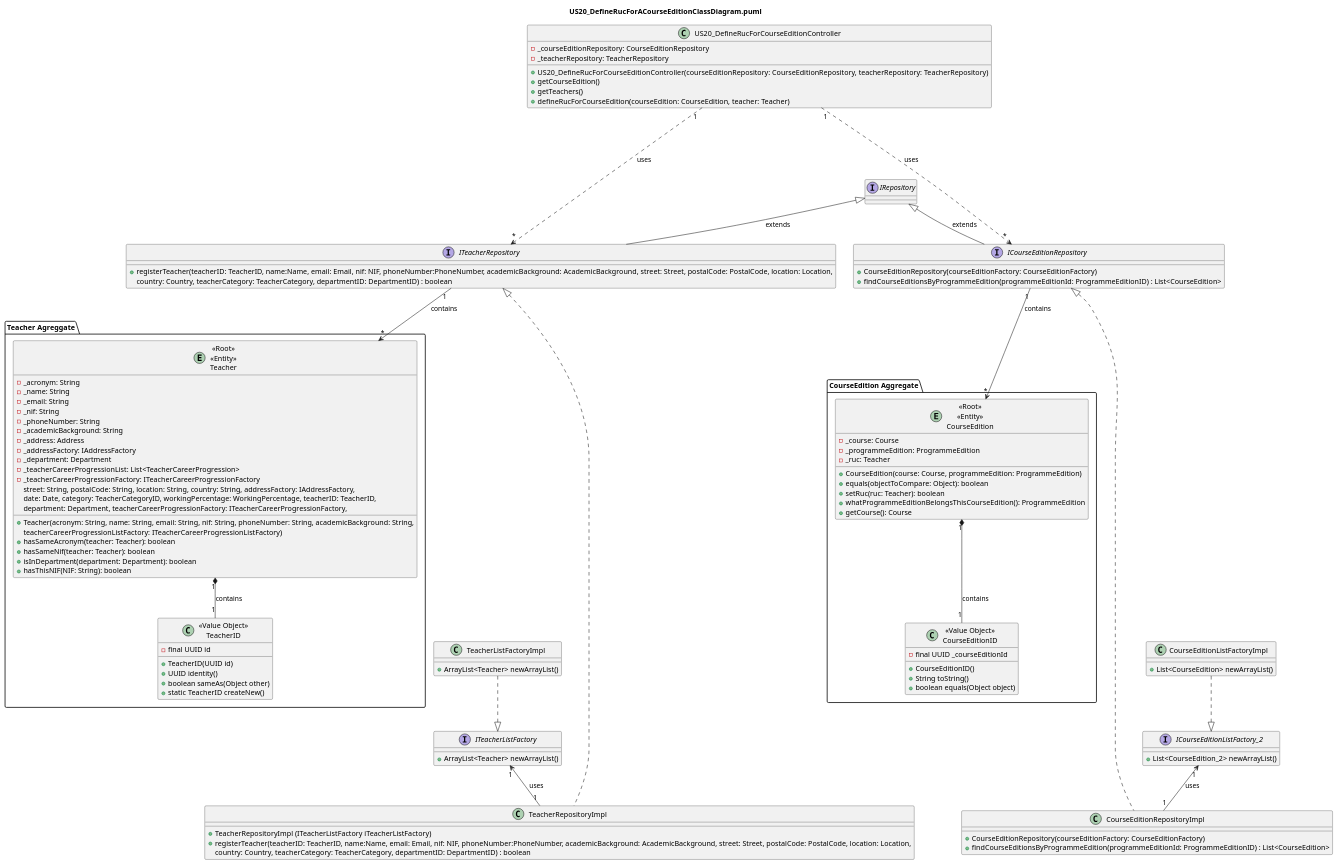
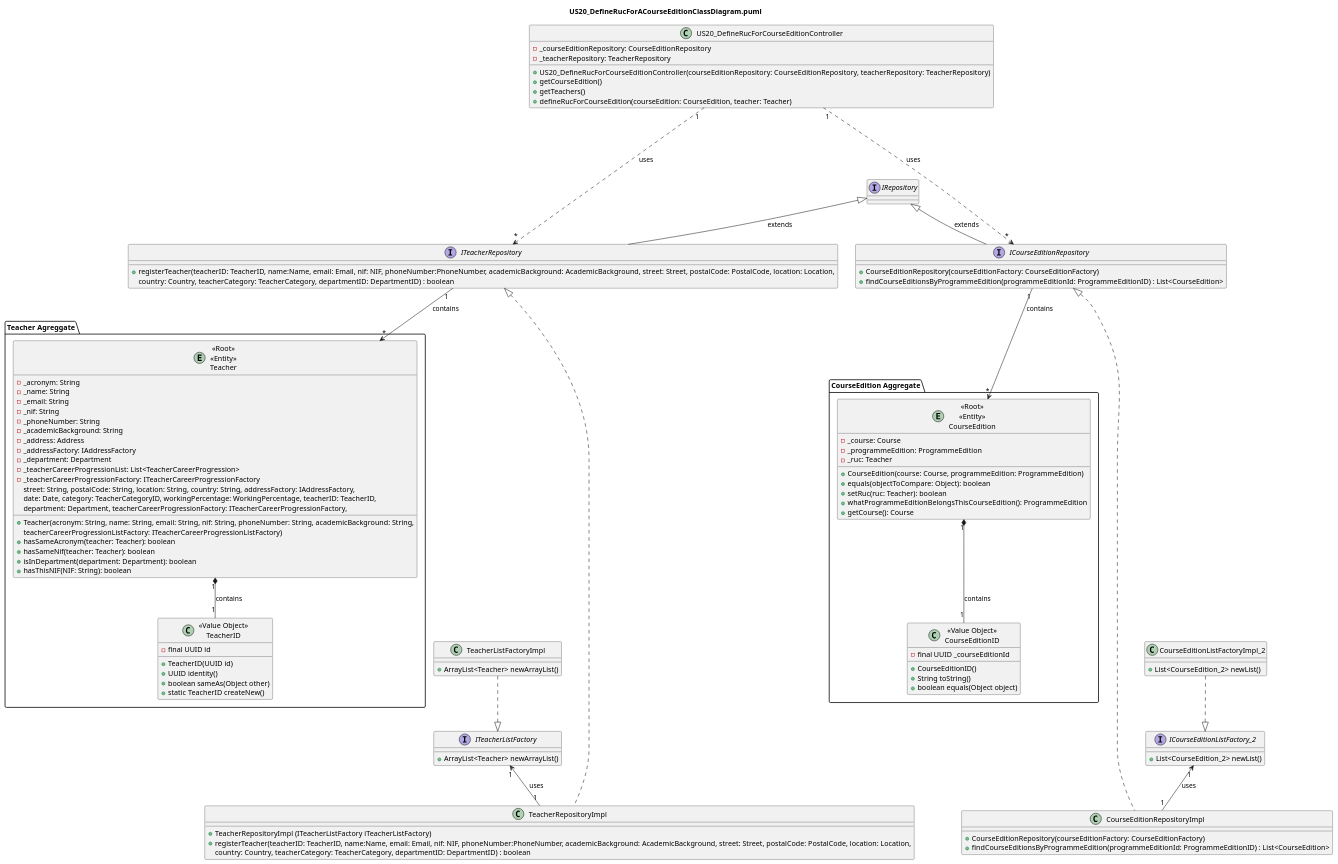
The diagram in docs/US20/US20_DefineRucForACourseEdition_ClassDiagram_DDD.puml (GasparISEP/DevOps-PAI), drawn with PlantUML before and after one commit.

Commit message:
updated ICourseEditionListFactory and CourseEditionListFactory on US20 Class Diagram (Refs #73)

```diff
--- a/docs/US20/US20_DefineRucForACourseEdition_ClassDiagram_DDD.puml
+++ b/docs/US20/US20_DefineRucForACourseEdition_ClassDiagram_DDD.puml
@@ -1,128 +1,128 @@
 @startuml
 
 title US20_DefineRucForACourseEditionClassDiagram.puml
 
 class US20_DefineRucForCourseEditionController {
     -_courseEditionRepository: CourseEditionRepository
     -_teacherRepository: TeacherRepository
     +US20_DefineRucForCourseEditionController(courseEditionRepository: CourseEditionRepository, teacherRepository: TeacherRepository)
     +getCourseEdition()
     +getTeachers()
     +defineRucForCourseEdition(courseEdition: CourseEdition, teacher: Teacher)
 }
 
 interface ITeacherRepository{
 +registerTeacher(teacherID: TeacherID, name:Name, email: Email, nif: NIF, phoneNumber:PhoneNumber, academicBackground: AcademicBackground, street: Street, postalCode: PostalCode, location: Location,
                           country: Country, teacherCategory: TeacherCategory, departmentID: DepartmentID) : boolean
 }
 
 class TeacherRepositoryImpl {
 +TeacherRepositoryImpl (ITeacherListFactory iTeacherListFactory)
 +registerTeacher(teacherID: TeacherID, name:Name, email: Email, nif: NIF, phoneNumber:PhoneNumber, academicBackground: AcademicBackground, street: Street, postalCode: PostalCode, location: Location,
                            country: Country, teacherCategory: TeacherCategory, departmentID: DepartmentID) : boolean
 }
 
 interface ITeacherListFactory {
     + ArrayList<Teacher> newArrayList()
 }
 
 class TeacherListFactoryImpl {
     + ArrayList<Teacher> newArrayList()
 }
 
 interface ICourseEditionRepository {
     +CourseEditionRepository(courseEditionFactory: CourseEditionFactory)
     +findCourseEditionsByProgrammeEdition(programmeEditionId: ProgrammeEditionID) : List<CourseEdition>
 }
 
 class CourseEditionRepositoryImpl {
     +CourseEditionRepository(courseEditionFactory: CourseEditionFactory)
     +findCourseEditionsByProgrammeEdition(programmeEditionId: ProgrammeEditionID) : List<CourseEdition>
 }
 
 interface ICourseEditionListFactory_2 {
-    + List<CourseEdition_2> newArrayList()
+    + List<CourseEdition_2> newList()
 }
 
-class CourseEditionListFactoryImpl {
-    + List<CourseEdition> newArrayList()
+class CourseEditionListFactoryImpl_2 {
+    + List<CourseEdition_2> newList()
 }
 
 
 package "Teacher Agreggate" {
     entity "<<Root>>\n<<Entity>>\nTeacher" {
             -_acronym: String
             -_name: String
             -_email: String
             -_nif: String
             -_phoneNumber: String
             -_academicBackground: String
             -_address: Address
             -_addressFactory: IAddressFactory
             -_department: Department
             -_teacherCareerProgressionList: List<TeacherCareerProgression>
             -_teacherCareerProgressionFactory: ITeacherCareerProgressionFactory
             +Teacher(acronym: String, name: String, email: String, nif: String, phoneNumber: String, academicBackground: String,
                      street: String, postalCode: String, location: String, country: String, addressFactory: IAddressFactory,
                      date: Date, category: TeacherCategoryID, workingPercentage: WorkingPercentage, teacherID: TeacherID,
                      department: Department, teacherCareerProgressionFactory: ITeacherCareerProgressionFactory,
                      teacherCareerProgressionListFactory: ITeacherCareerProgressionListFactory)
             +hasSameAcronym(teacher: Teacher): boolean
             +hasSameNif(teacher: Teacher): boolean
             +isInDepartment(department: Department): boolean
             +hasThisNIF(NIF: String): boolean
     }
 
     class "<<Value Object>>\nTeacherID" {
             - final UUID id
             + TeacherID(UUID id)
             + UUID identity()
             + boolean sameAs(Object other)
             + static TeacherID createNew()
     }
 }
 
 package "CourseEdition Aggregate" {
     entity "<<Root>>\n<<Entity>>\nCourseEdition" {
             -_course: Course
             -_programmeEdition: ProgrammeEdition
             -_ruc: Teacher
             +CourseEdition(course: Course, programmeEdition: ProgrammeEdition)
             +equals(objectToCompare: Object): boolean
             +setRuc(ruc: Teacher): boolean
             +whatProgrammeEditionBelongsThisCourseEdition(): ProgrammeEdition
             +getCourse(): Course
     }
 
     class "<<Value Object>>\nCourseEditionID" {
             - final UUID _courseEditionId
             + CourseEditionID()
             + String toString()
             + boolean equals(Object object)
     }
 }
 
 interface IRepository {}
 
 ITeacherRepository -up-|> IRepository : extends
 ICourseEditionRepository -up-|> IRepository : extends
 
 "<<Root>>\n<<Entity>>\nTeacher" "1" *-- "1" "<<Value Object>>\nTeacherID" : contains
 "<<Root>>\n<<Entity>>\nCourseEdition" "1" *-- "1" "<<Value Object>>\nCourseEditionID" : contains
 
 ITeacherRepository <|..... TeacherRepositoryImpl
 US20_DefineRucForCourseEditionController "1" ....> "*" ITeacherRepository : uses
 
 ICourseEditionRepository <|..... CourseEditionRepositoryImpl
 US20_DefineRucForCourseEditionController "1" ....> "*" ICourseEditionRepository : uses
 
 ITeacherRepository "1" -down-> "*" "<<Root>>\n<<Entity>>\nTeacher" : contains
 ICourseEditionRepository "1" -down-> "*" "<<Root>>\n<<Entity>>\nCourseEdition" : contains
 
 TeacherRepositoryImpl "1" -up-> "1" ITeacherListFactory : uses
 TeacherListFactoryImpl ..|> ITeacherListFactory
 
 CourseEditionRepositoryImpl "1" -up-> "1" ICourseEditionListFactory_2 : uses
-CourseEditionListFactoryImpl ..|> ICourseEditionListFactory_2
+CourseEditionListFactoryImpl_2 ..|> ICourseEditionListFactory_2
 
 @enduml
```
